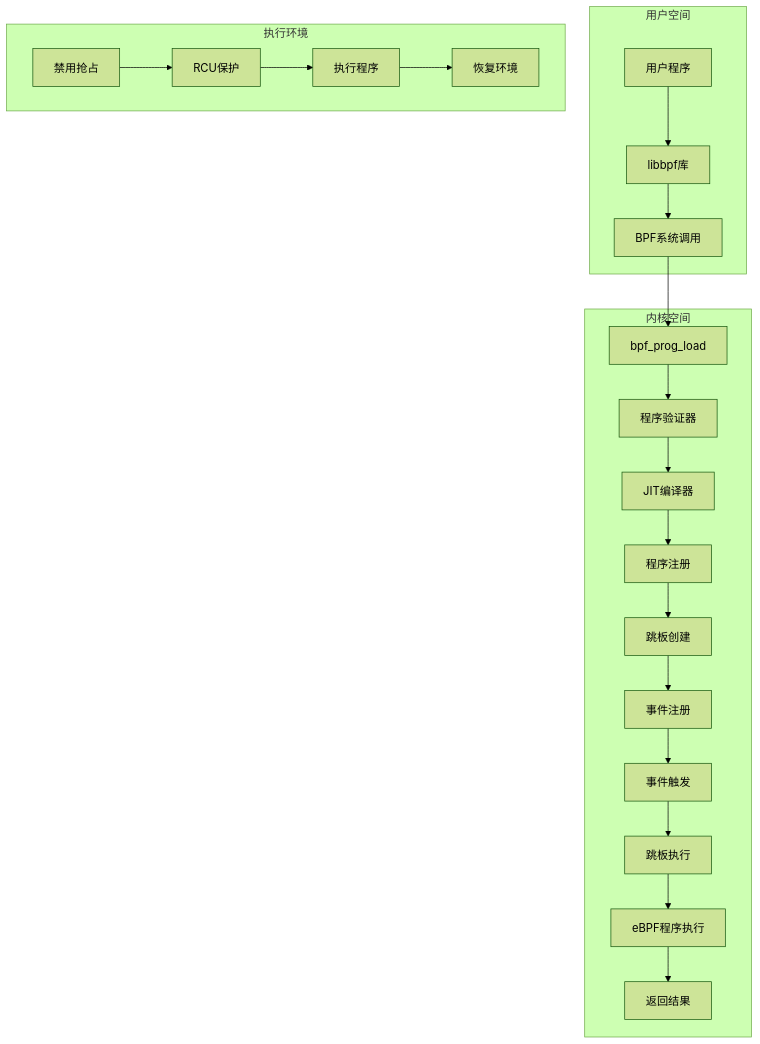
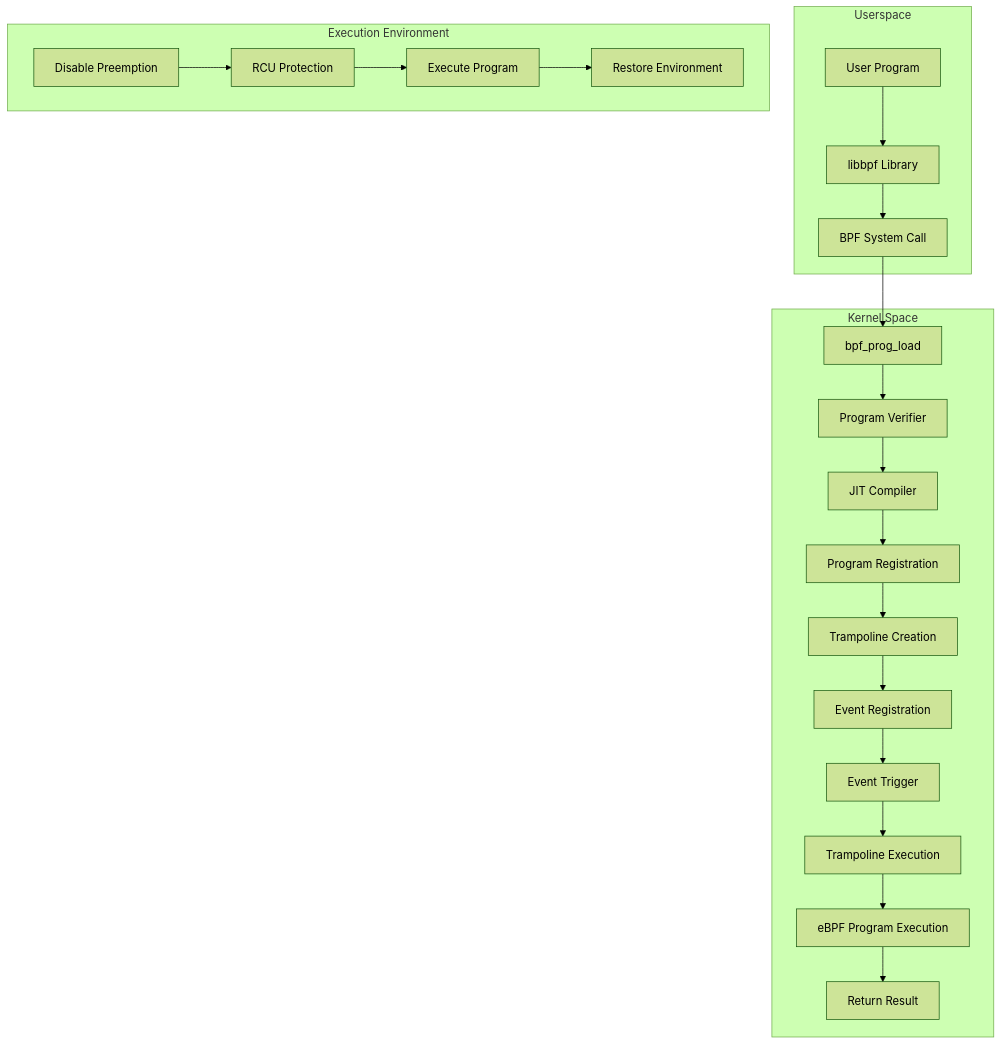
One commit to liweinan/deepseek-answers changed the second of 2 diagrams in files/ebpf3.md. Above: the diagram before and after it, drawn with Mermaid (forest theme). The commit also changed other lines of this file and 6 other files, not shown here.

````diff
--- a/files/ebpf3.md
+++ b/files/ebpf3.md
@@ -544,28 +544,28 @@
 ```mermaid
 graph TD
-    subgraph "用户空间"
-        A[用户程序] --> B[libbpf库]
-        B --> C[BPF系统调用]
+    subgraph "Userspace"
+        A[User Program] --> B[libbpf Library]
+        B --> C[BPF System Call]
     end
     
-    subgraph "内核空间"
+    subgraph "Kernel Space"
         C --> D[bpf_prog_load]
-        D --> E[程序验证器]
-        E --> F[JIT编译器]
-        F --> G[程序注册]
+        D --> E[Program Verifier]
+        E --> F[JIT Compiler]
+        F --> G[Program Registration]
         
-        G --> H[跳板创建]
-        H --> I[事件注册]
+        G --> H[Trampoline Creation]
+        H --> I[Event Registration]
         
-        I --> J[事件触发]
-        J --> K[跳板执行]
-        K --> L[eBPF程序执行]
-        L --> M[返回结果]
+        I --> J[Event Trigger]
+        J --> K[Trampoline Execution]
+        K --> L[eBPF Program Execution]
+        L --> M[Return Result]
     end
     
-    subgraph "执行环境"
-        N[禁用抢占] --> O[RCU保护]
-        O --> P[执行程序]
-        P --> Q[恢复环境]
+    subgraph "Execution Environment"
+        N[Disable Preemption] --> O[RCU Protection]
+        O --> P[Execute Program]
+        P --> Q[Restore Environment]
     end
 ```
````
